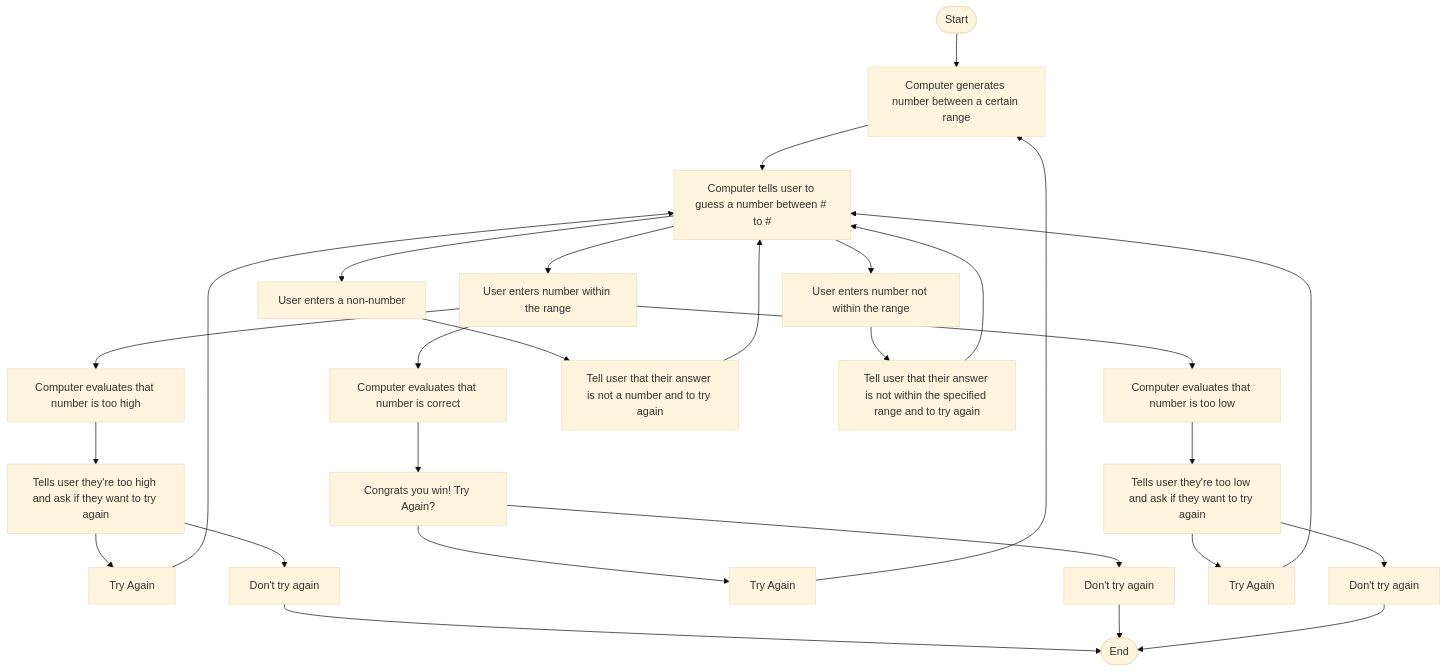
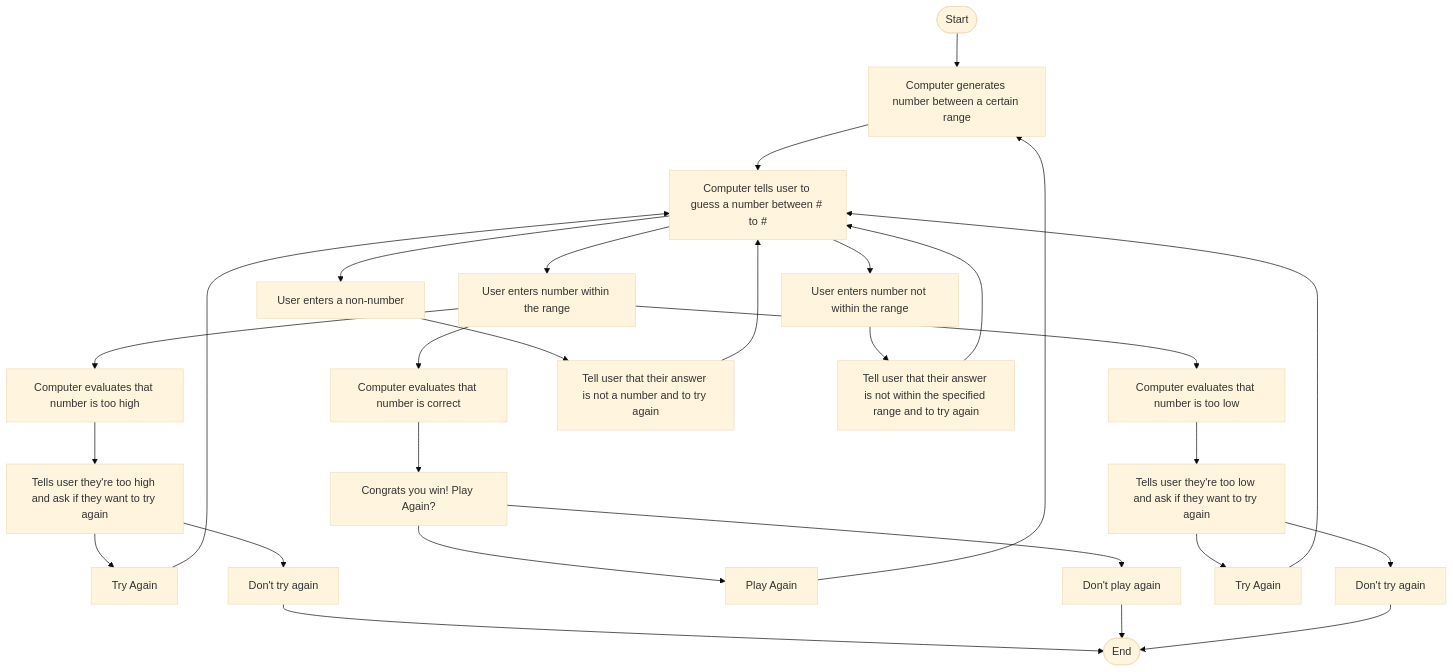
One commit to aloeale/aloeale.github.io changed the diagram in Guessing.md. Above: the diagram before and after it, drawn with Mermaid (base theme). The commit also changed other lines of this file, not shown here.

````diff
--- a/Guessing.md
+++ b/Guessing.md
@@ -1,31 +1,31 @@
 ```mermaid
 flowchart TD
     Start([Start]) --> A[Computer generates number between a certain range]
     A --> B[Computer tells user to guess a number between # to #]
     B --> C[User enters number within the range]
     C --> D[Computer evaluates that number is too high]
     D --> E[Tells user they're too high and ask if they want to try again]
     E --> F[Try Again]
     F --> B
     E --> J[Don't try again]
     J --> End([End])
     C --> K[Computer evaluates that number is correct]
-    K --> L[Congrats you win! Try Again?]
-    L --> M[Try Again]
+    K --> L[Congrats you win! Play Again?]
+    L --> M[Play Again]
     M --> A
-    L --> N[Don't try again]
+    L --> N[Don't play again]
     N --> End([End])
     C --> O[Computer evaluates that number is too low]
     O --> P[Tells user they're too low and ask if they want to try again]
     P--> Q[Try Again]
     Q --> B
     P --> R[Don't try again]
     R --> End([End])
     B --> S[User enters a non-number]
     S --> T[Tell user that their answer is not a number and to try again]
     T --> B
 
     B --> U[User enters number not within the range]
     U --> V[Tell user that their answer is not within the specified range and to try again]
     V --> B 
 ```    
````
